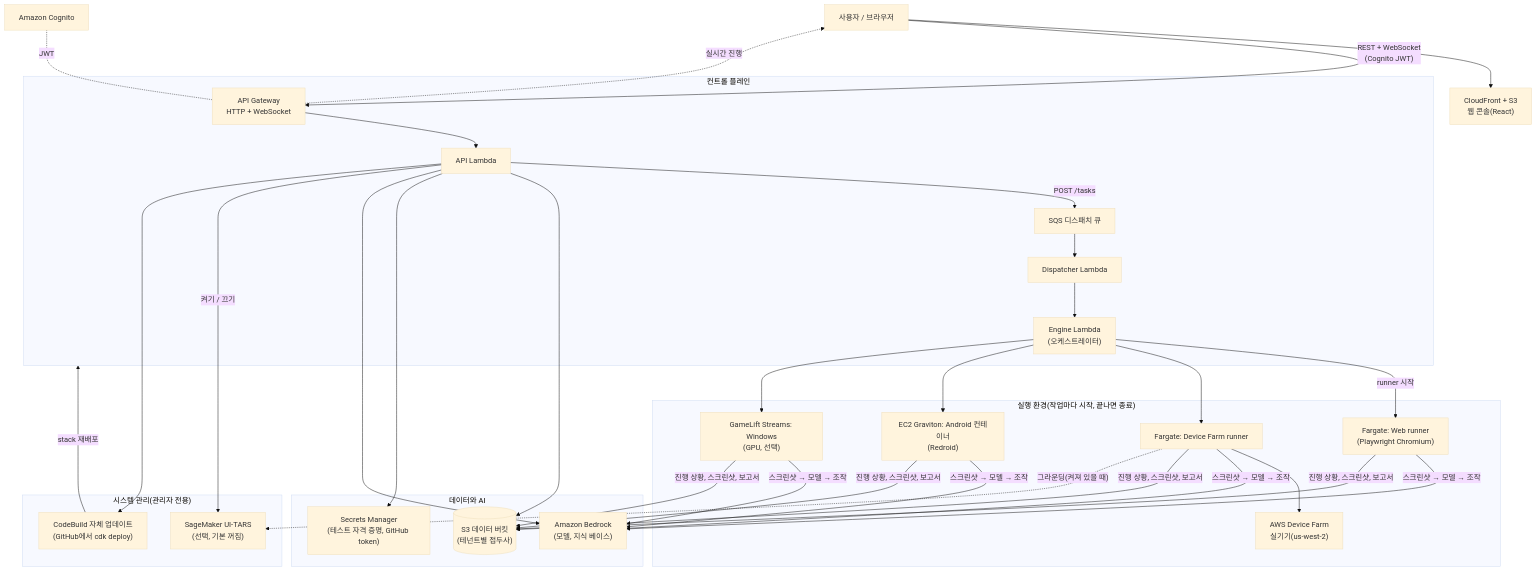
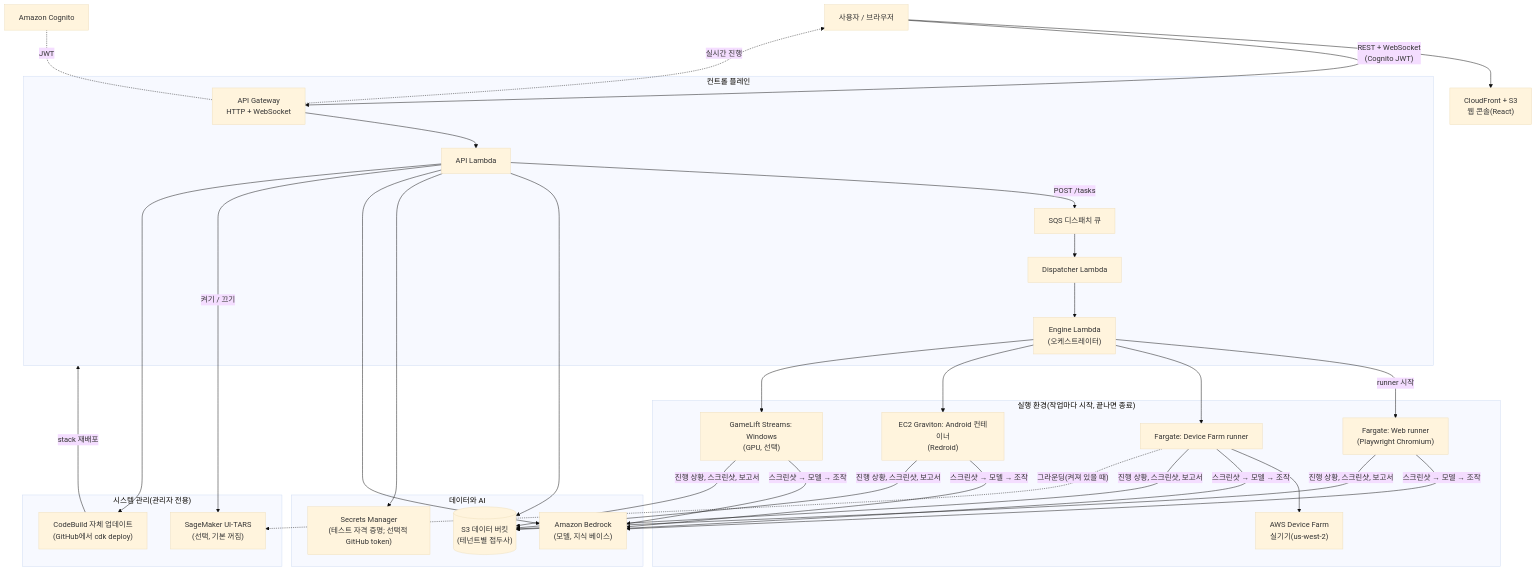
Before and after one commit to hoycdanny/playagent-checker: the diagram in README_KR.md, drawn with Mermaid (base theme). The commit also changed other lines of this file and 6 other files, not shown here.

````diff
--- a/README_KR.md
+++ b/README_KR.md
@@ -52,54 +53,54 @@
 ```mermaid
 flowchart TB
   user["사용자 / 브라우저"]
   cf["CloudFront + S3<br/>웹 콘솔(React)"]
   cognito["Amazon Cognito"]
 
   subgraph cp["컨트롤 플레인"]
     apigw["API Gateway<br/>HTTP + WebSocket"]
     api["API Lambda"]
     sqs["SQS 디스패치 큐"]
     disp["Dispatcher Lambda"]
     engine["Engine Lambda<br/>(오케스트레이터)"]
   end
 
   subgraph data["데이터와 AI"]
     s3[("S3 데이터 버킷<br/>(테넌트별 접두사)")]
-    sm["Secrets Manager<br/>(테스트 자격 증명, GitHub token)"]
+    sm["Secrets Manager<br/>(테스트 자격 증명; 선택적 GitHub token)"]
     bedrock["Amazon Bedrock<br/>(모델, 지식 베이스)"]
   end
 
   subgraph rt["실행 환경(작업마다 시작, 끝나면 종료)"]
     web["Fargate: Web runner<br/>(Playwright Chromium)"]
     df["Fargate: Device Farm runner"]
     dfx["AWS Device Farm<br/>실기기(us-west-2)"]
     redroid["EC2 Graviton: Android 컨테이너<br/>(Redroid)"]
     win["GameLift Streams: Windows<br/>(GPU, 선택)"]
   end
 
   subgraph adm["시스템 관리(관리자 전용)"]
     update["CodeBuild 자체 업데이트<br/>(GitHub에서 cdk deploy)"]
     uitars["SageMaker UI-TARS<br/>(선택, 기본 꺼짐)"]
   end
 
   user --> cf
   user -- "REST + WebSocket<br/>(Cognito JWT)" --> apigw
   cognito -. JWT .- apigw
   apigw --> api
   api -- "POST /tasks" --> sqs --> disp --> engine
   api --> s3
   api --> sm
   api --> bedrock
   engine -- "runner 시작" --> web
   engine --> df
   engine --> redroid
   engine --> win
   df --> dfx
   web & df & redroid & win -- "스크린샷 → 모델 → 조작" --> bedrock
   web & df & redroid & win -- "진행 상황, 스크린샷, 보고서" --> s3
   df -. "그라운딩(켜져 있을 때)" .-> uitars
   apigw -. "실시간 진행" .-> user
   api -- "켜기 / 끄기" --> uitars
   api --> update
   update -- "stack 재배포" --> cp
 ```
````
